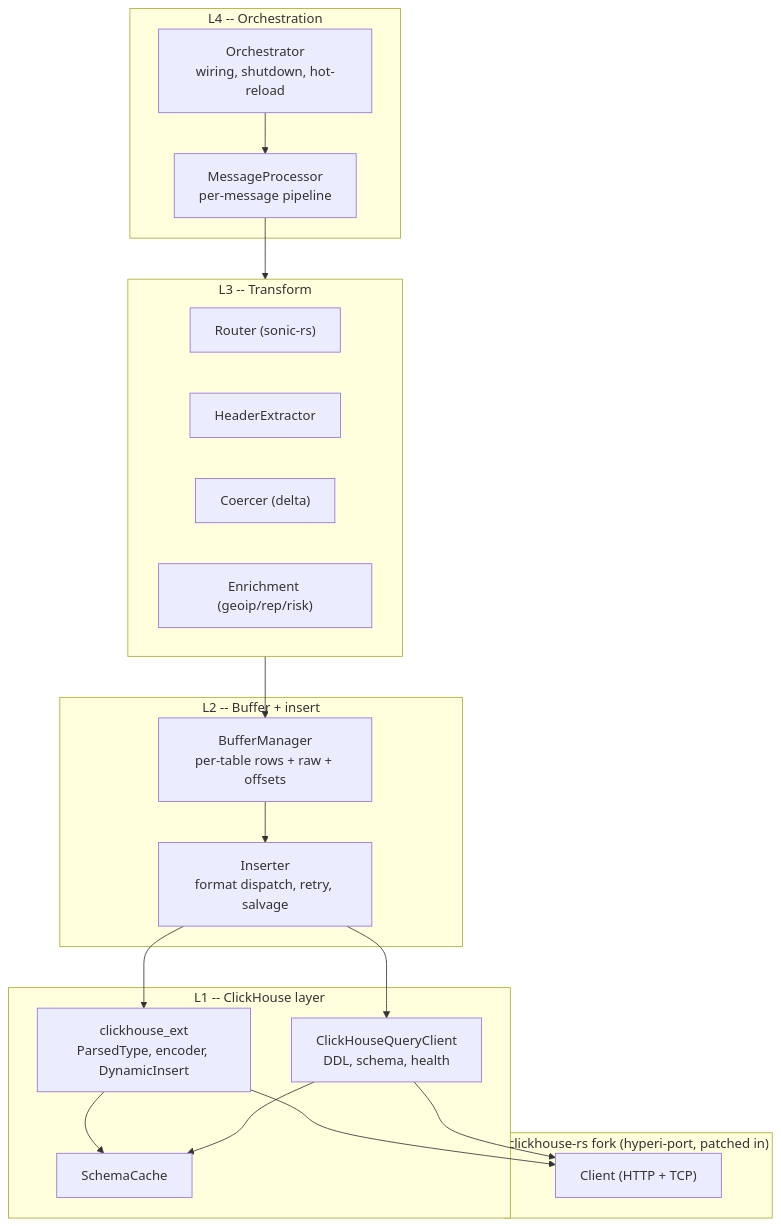
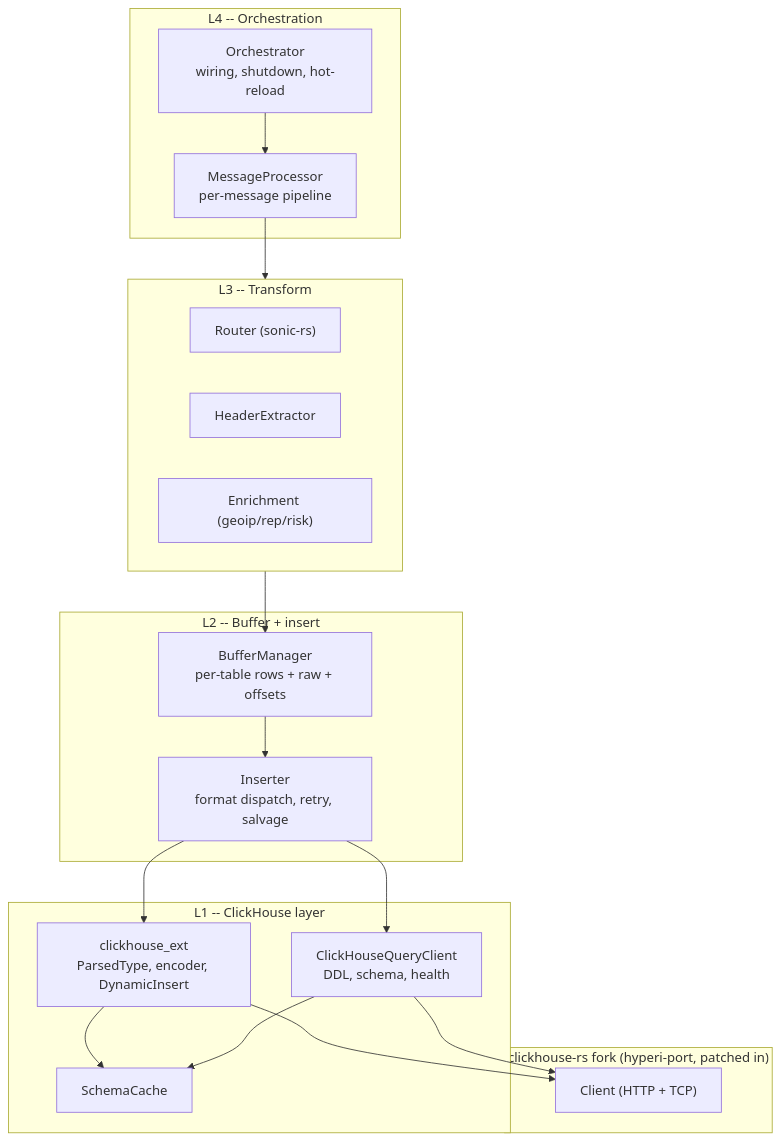
Before and after one commit to hyperi-io/dfe-loader: the first of 3 diagrams in docs/ARCHITECTURE.md, drawn with Mermaid. The commit also changed 19 other files, not shown here.

````diff
--- a/docs/ARCHITECTURE.md
+++ b/docs/ARCHITECTURE.md
@@ -22,31 +22,30 @@
 ```mermaid
 flowchart TB
     subgraph L4["L4 -- Orchestration"]
         ORC["Orchestrator<br/>wiring, shutdown, hot-reload"]
         PROC["MessageProcessor<br/>per-message pipeline"]
     end
     subgraph L3["L3 -- Transform"]
         ROUTE["Router (sonic-rs)"]
         EXTRACT["HeaderExtractor"]
-        COERCE["Coercer (delta)"]
         ENRICH["Enrichment (geoip/rep/risk)"]
     end
     subgraph L2["L2 -- Buffer + insert"]
         BUF["BufferManager<br/>per-table rows + raw + offsets"]
         INS["Inserter<br/>format dispatch, retry, salvage"]
     end
     subgraph L1["L1 -- ClickHouse layer"]
         QC["ClickHouseQueryClient<br/>DDL, schema, health"]
         EXT["clickhouse_ext<br/>ParsedType, encoder, DynamicInsert"]
         SC["SchemaCache"]
     end
     subgraph Fork["clickhouse-rs fork (hyperi-port, patched in)"]
         CLIENT["Client (HTTP + TCP)"]
     end
 
     ORC --> PROC --> L3 --> BUF --> INS
     INS --> EXT --> CLIENT
     INS --> QC --> CLIENT
     EXT --> SC
     QC --> SC
 ```
````
